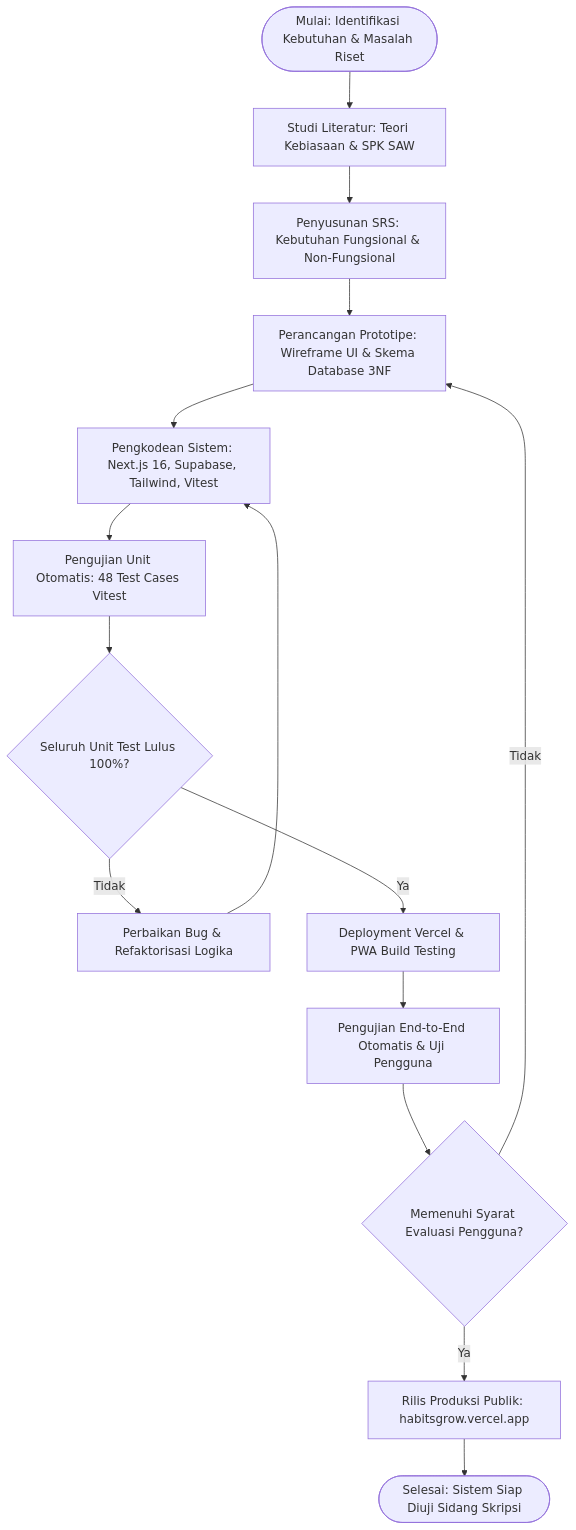
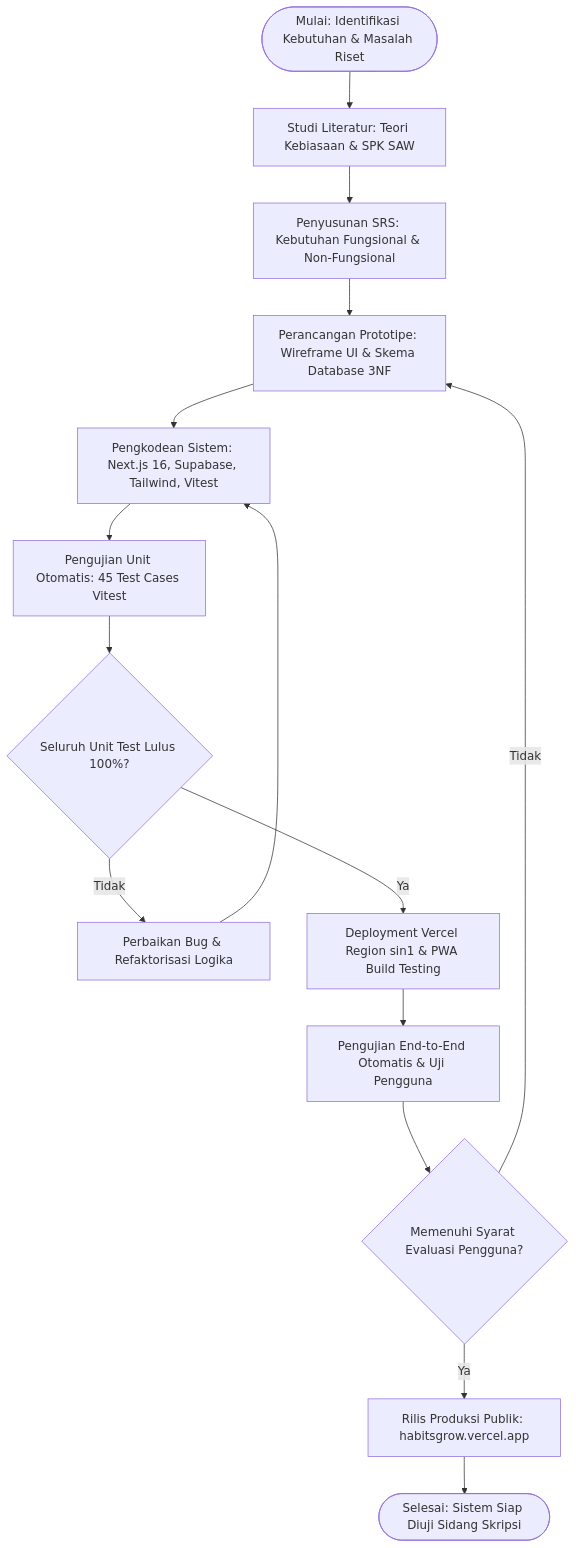
One commit to Vincentaa7/HabitGrow changed the fifth of 15 diagrams in PROJECT_DOCUMENTATION.md. Above: the diagram before and after it, drawn with Mermaid. The commit also changed other lines of this file and 2 other files, not shown here.

````diff
--- a/PROJECT_DOCUMENTATION.md
+++ b/PROJECT_DOCUMENTATION.md
@@ -526,19 +526,19 @@
 ```mermaid
 flowchart TD
     Start([Mulai: Identifikasi Kebutuhan & Masalah Riset]) --> LitReview[Studi Literatur: Teori Kebiasaan & SPK SAW]
     LitReview --> SpecSRS[Penyusunan SRS: Kebutuhan Fungsional & Non-Fungsional]
     SpecSRS --> ProtoDesign[Perancangan Prototipe: Wireframe UI & Skema Database 3NF]
     ProtoDesign --> Coding[Pengkodean Sistem: Next.js 16, Supabase, Tailwind, Vitest]
-    Coding --> UnitTesting[Pengujian Unit Otomatis: 48 Test Cases Vitest]
+    Coding --> UnitTesting[Pengujian Unit Otomatis: 45 Test Cases Vitest]
     
     UnitTesting --> CheckUnit{Seluruh Unit Test Lulus 100%?}
     CheckUnit -- Tidak --> FixCode[Perbaikan Bug & Refaktorisasi Logika]
     FixCode --> Coding
-    CheckUnit -- Ya --> DeployStaging[Deployment Vercel & PWA Build Testing]
+    CheckUnit -- Ya --> DeployStaging[Deployment Vercel Region sin1 & PWA Build Testing]
     
     DeployStaging --> E2ETesting[Pengujian End-to-End Otomatis & Uji Pengguna]
     E2ETesting --> CheckE2E{Memenuhi Syarat Evaluasi Pengguna?}
     CheckE2E -- Tidak --> ProtoDesign
     CheckE2E -- Ya --> ProdRelease[Rilis Produksi Publik: habitsgrow.vercel.app]
     ProdRelease --> End([Selesai: Sistem Siap Diuji Sidang Skripsi])
 ```
````
